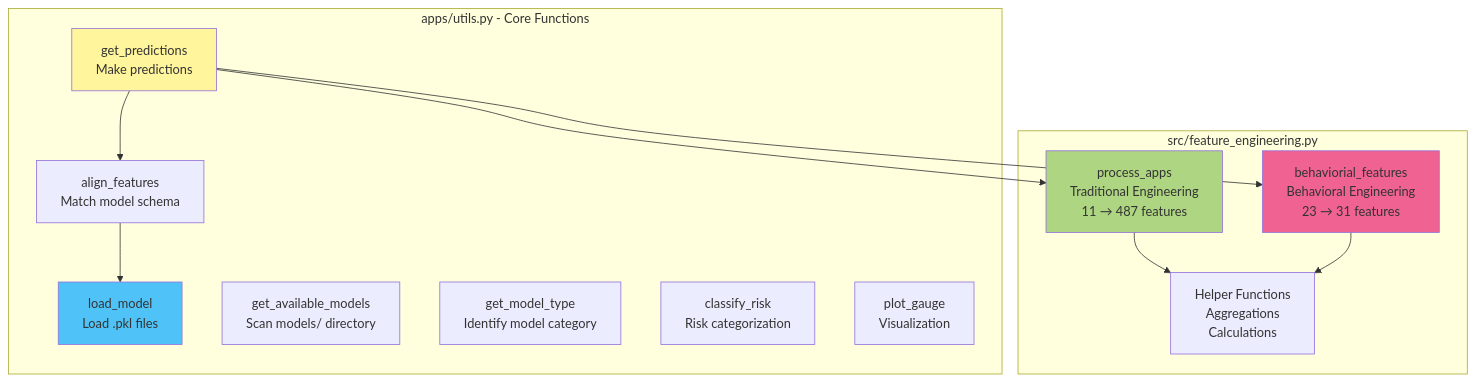
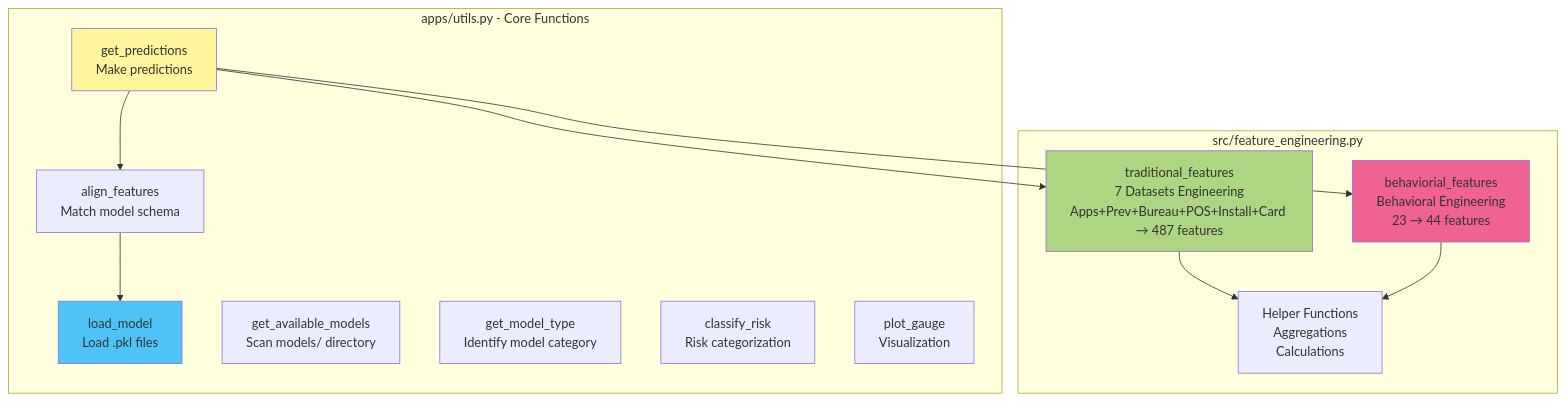
One commit to walterzenia/A-smart-Loan-default-hybrid-system changed diagram 15 of 22 in MODEL_ARCHITECTURE_FLOWCHART.md. Above: the diagram before and after it, drawn with Mermaid. The commit also changed other lines of this file and 9 other files, not shown here.

Commit message:
Fix documentation: Correct Traditional model (487 features from 7 datasets) and Behavioral model (44 features: 23 base + 21 engineered) feature counts across all documentation files

````diff
--- a/MODEL_ARCHITECTURE_FLOWCHART.md
+++ b/MODEL_ARCHITECTURE_FLOWCHART.md
@@ -602,30 +602,30 @@
 ```mermaid
 graph TB
     subgraph "apps/utils.py - Core Functions"
         U1[load_model<br/>Load .pkl files]
         U2[get_available_models<br/>Scan models/ directory]
         U3[get_model_type<br/>Identify model category]
         U4[get_predictions<br/>Make predictions]
         U5[align_features<br/>Match model schema]
         U6[classify_risk<br/>Risk categorization]
         U7[plot_gauge<br/>Visualization]
     end
 
     subgraph "src/feature_engineering.py"
-        FE1[process_apps<br/>Traditional Engineering<br/>11 → 487 features]
-        FE2[behaviorial_features<br/>Behavioral Engineering<br/>23 → 31 features]
+        FE1[traditional_features<br/>7 Datasets Engineering<br/>Apps+Prev+Bureau+POS+Install+Card → 487 features]
+        FE2[behaviorial_features<br/>Behavioral Engineering<br/>23 → 44 features]
         FE3[Helper Functions<br/>Aggregations<br/>Calculations]
     end
 
     U4 --> U5
     U5 --> U1
     U4 --> FE1
     U4 --> FE2
     FE1 --> FE3
     FE2 --> FE3
 
     style U1 fill:#4fc3f7
     style U4 fill:#fff59d
     style FE1 fill:#aed581
     style FE2 fill:#f06292
 ```
````
